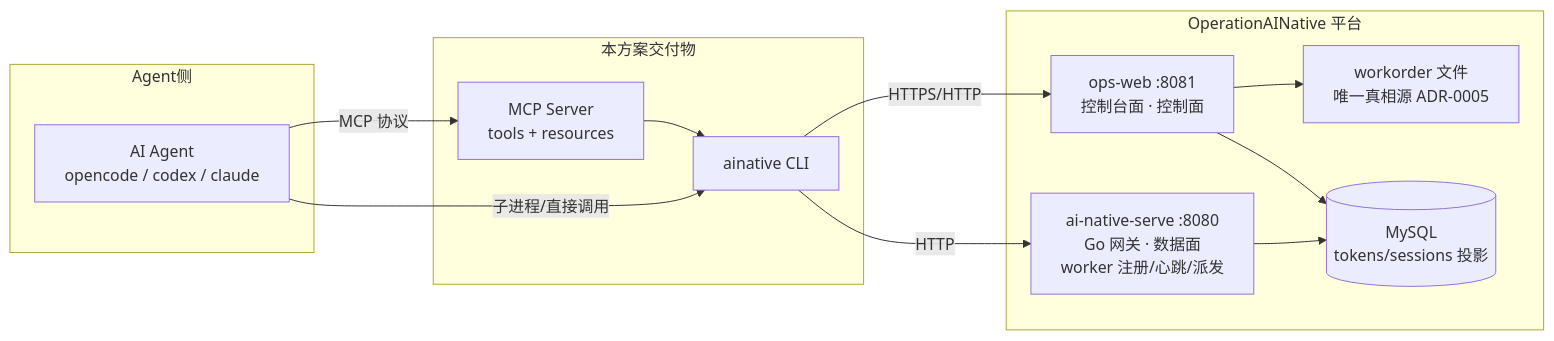
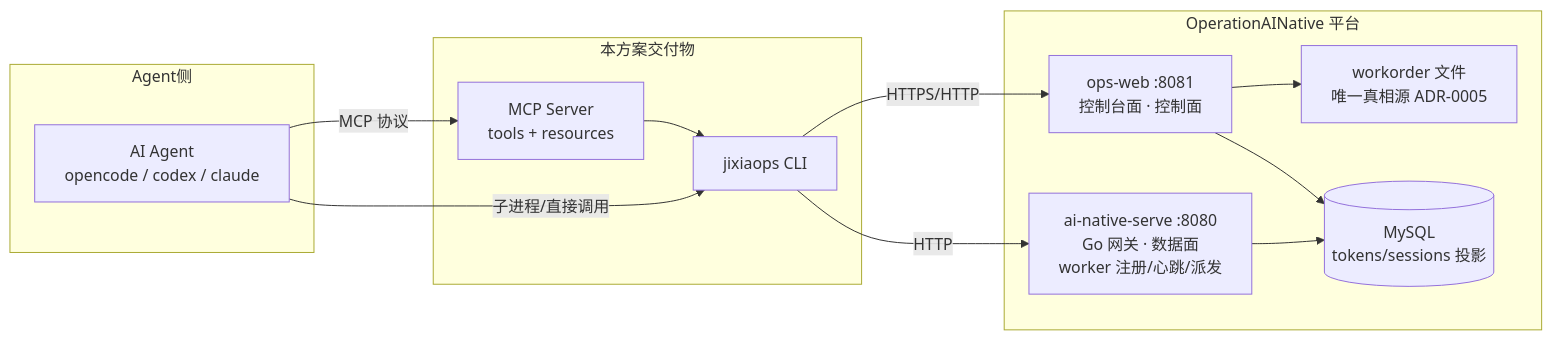
One commit to huaweicloud-mate/jixiaops-cli changed the first of 9 diagrams in docs/agent-plugin-architecture.md. Above: the diagram before and after it, drawn with Mermaid. The commit also changed other lines of this file and 11 other files, not shown here.

First line of the commit message:
v0.5.0: 更名 ainative → jixiaops（包名/bin/配置目录/env，旧环境零迁移）

````diff
--- a/docs/agent-plugin-architecture.md
+++ b/docs/agent-plugin-architecture.md
@@ -32,24 +32,24 @@
 ```mermaid
 flowchart LR
     subgraph Agent侧
         A[AI Agent<br/>opencode / codex / claude]
     end
     subgraph 插件层[本方案交付物]
         MCP[MCP Server<br/>tools + resources]
-        CLI[ainative CLI]
+        CLI[jixiaops CLI]
     end
     subgraph 平台[OperationAINative 平台]
         OW[ops-web :8081<br/>控制台面 · 控制面]
         SV[ai-native-serve :8080<br/>Go 网关 · 数据面<br/>worker 注册/心跳/派发]
         DB[(MySQL<br/>tokens/sessions 投影)]
         FS[workorder 文件<br/>唯一真相源 ADR-0005]
     end
     A -->|MCP 协议| MCP
     A -->|子进程/直接调用| CLI
     MCP --> CLI
     CLI -->|HTTPS/HTTP| OW
     CLI -->|HTTP| SV
     OW --> FS
     OW --> DB
     SV --> DB
 ```
````
